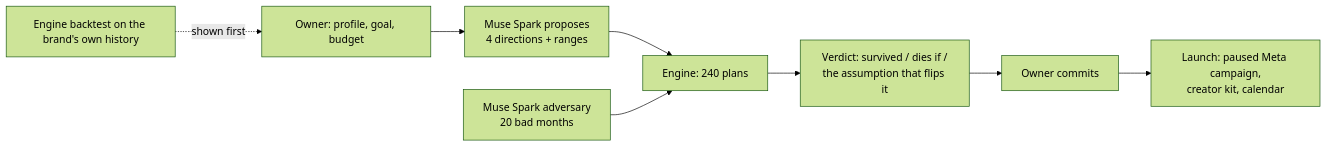
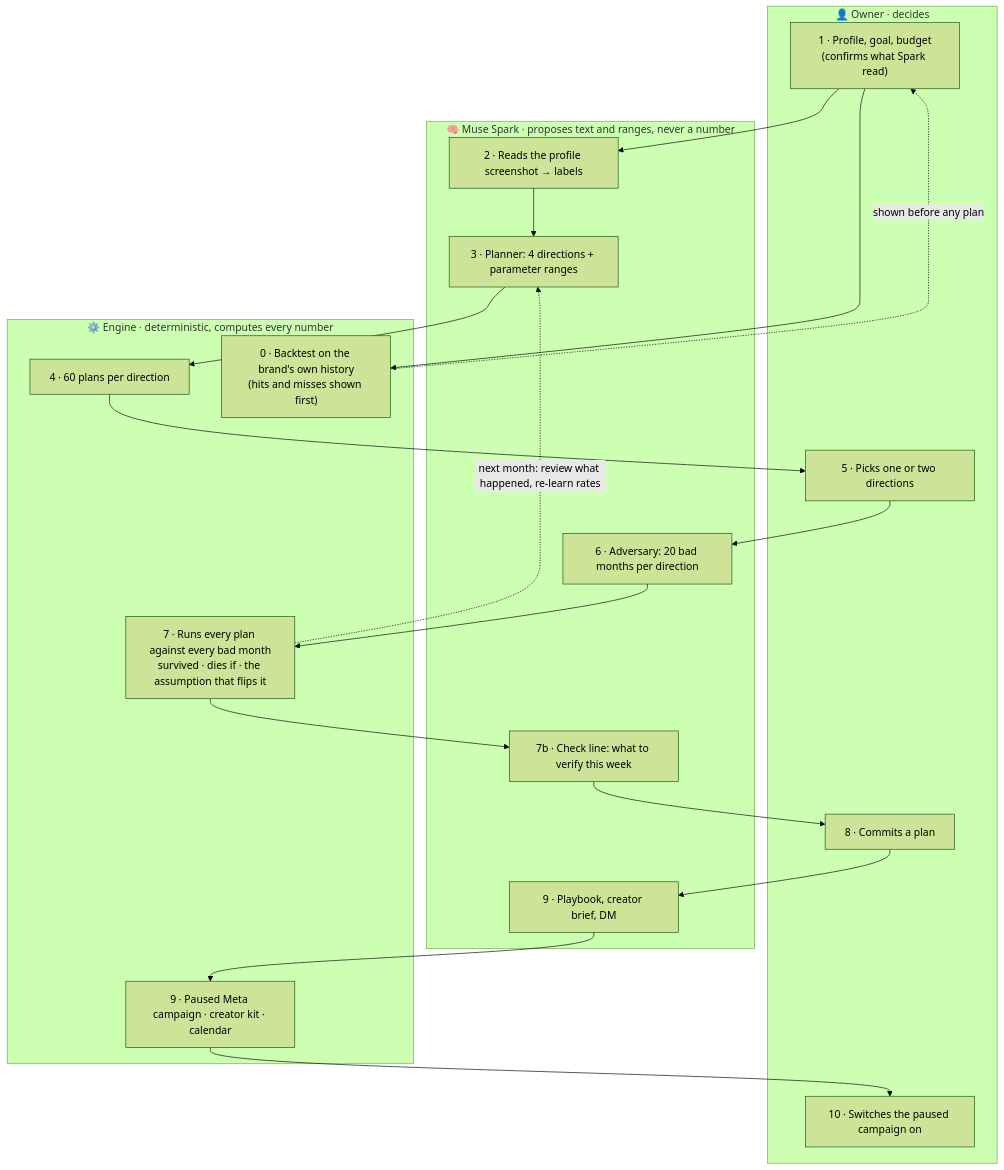
Before and after one commit to jiwonbabe/rehearsal: the diagram in README.md, drawn with Mermaid (forest theme). The commit also changed other lines of this file, not shown here.

Commit message:
README: agent loop as a three-lane flowchart

````diff
--- a/README.md
+++ b/README.md
@@ -19,10 +19,27 @@
 ```mermaid
-flowchart LR
-    A[Owner: profile, goal, budget] --> B[Muse Spark proposes<br/>4 directions + ranges]
-    B --> C[Engine: 240 plans]
-    D[Muse Spark adversary<br/>20 bad months] --> C
-    C --> E[Verdict: survived / dies if /<br/>the assumption that flips it]
-    E --> F[Owner commits]
-    F --> G[Launch: paused Meta campaign,<br/>creator kit, calendar]
-    H[Engine backtest on the brand's own history] -.shown first.-> A
+flowchart TB
+    subgraph OWNER["👤 Owner · decides"]
+        O1["1 · Profile, goal, budget<br/>(confirms what Spark read)"]
+        O5["5 · Picks one or two directions"]
+        O8["8 · Commits a plan"]
+        O10["10 · Switches the paused campaign on"]
+    end
+    subgraph SPARK["🧠 Muse Spark · proposes text and ranges, never a number"]
+        S2["2 · Reads the profile screenshot → labels"]
+        S3["3 · Planner: 4 directions + parameter ranges"]
+        S6["6 · Adversary: 20 bad months per direction"]
+        S7b["7b · Check line: what to verify this week"]
+        S9["9 · Playbook, creator brief, DM"]
+    end
+    subgraph ENGINE["⚙️ Engine · deterministic, computes every number"]
+        E0["0 · Backtest on the brand's own history<br/>(hits and misses shown first)"]
+        E4["4 · 60 plans per direction"]
+        E7["7 · Runs every plan against every bad month<br/>survived · dies if · the assumption that flips it"]
+        E9["9 · Paused Meta campaign · creator kit · calendar"]
+    end
+    O1 --> S2 --> S3 --> E4
+    E0 -. shown before any plan .-> O1
+    O1 --> E0
+    E4 --> O5 --> S6 --> E7 --> S7b --> O8 --> S9 --> E9 --> O10
+    E7 -. next month: review what happened, re-learn rates .-> S3
 ```
````
